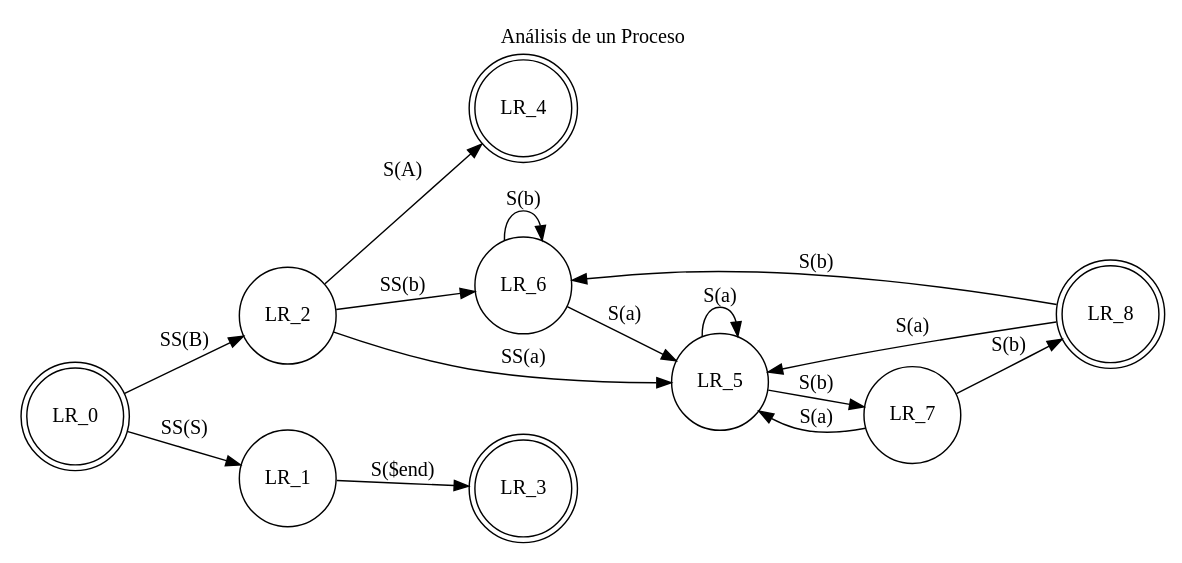
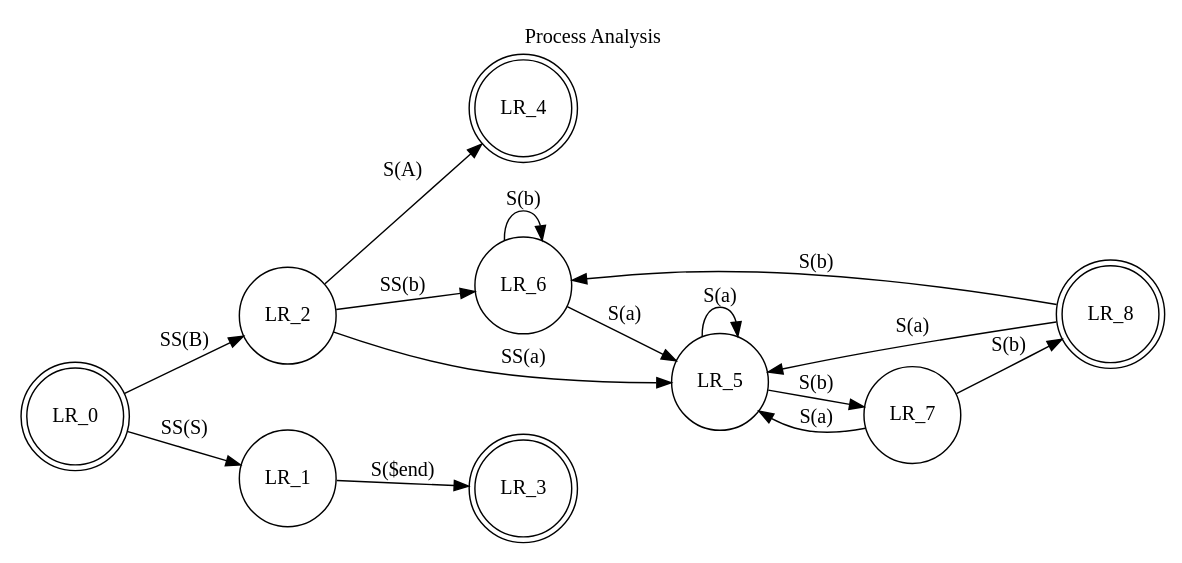
One commit to jeanbaptistemora/fluidattacks-universe2 changed the diagram in content/pages/format/index.adoc. Above: the diagram before and after it, drawn with Graphviz. The commit also changed other lines of this file and 2 other files, not shown here.

```diff
--- a/content/pages/format/index.adoc
+++ b/content/pages/format/index.adoc
@@ -1579,25 +1566,25 @@
-["graphviz", "diagram1.png"]
+["graphviz", "diagram-fsm.png"]
 ----
 digraph finite_state_machine {
   rankdir=LR;
-  label="Análisis de un Proceso"
+  label="Process Analysis"
   labelloc=top
   size="8,5"
   node [shape = doublecircle]; LR_0 LR_3 LR_4 LR_8;
   node [shape = circle];
   LR_0 -> LR_2 [ label = "SS(B)" ];
   LR_0 -> LR_1 [ label = "SS(S)" ];
   LR_1 -> LR_3 [ label = "S($end)" ];
   LR_2 -> LR_6 [ label = "SS(b)" ];
   LR_2 -> LR_5 [ label = "SS(a)" ];
   LR_2 -> LR_4 [ label = "S(A)" ];
   LR_5 -> LR_7 [ label = "S(b)" ];
   LR_5 -> LR_5 [ label = "S(a)" ];
   LR_6 -> LR_6 [ label = "S(b)" ];
   LR_6 -> LR_5 [ label = "S(a)" ];
   LR_7 -> LR_8 [ label = "S(b)" ];
   LR_7 -> LR_5 [ label = "S(a)" ];
   LR_8 -> LR_6 [ label = "S(b)" ];
   LR_8 -> LR_5 [ label = "S(a)" ];
 }
 ----
```
